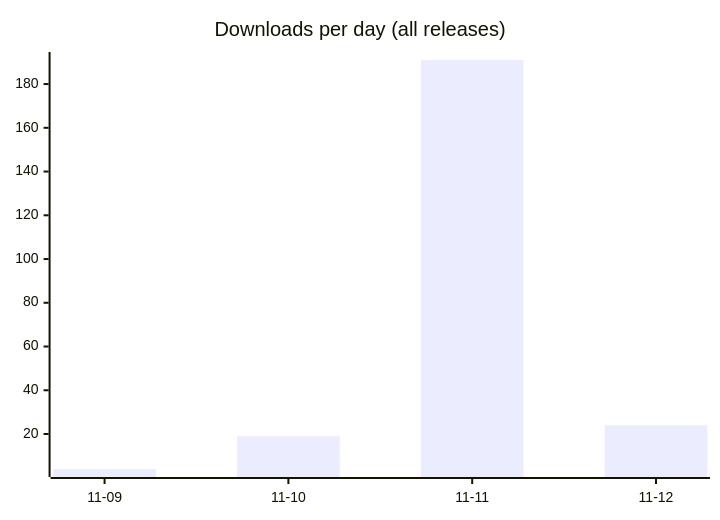
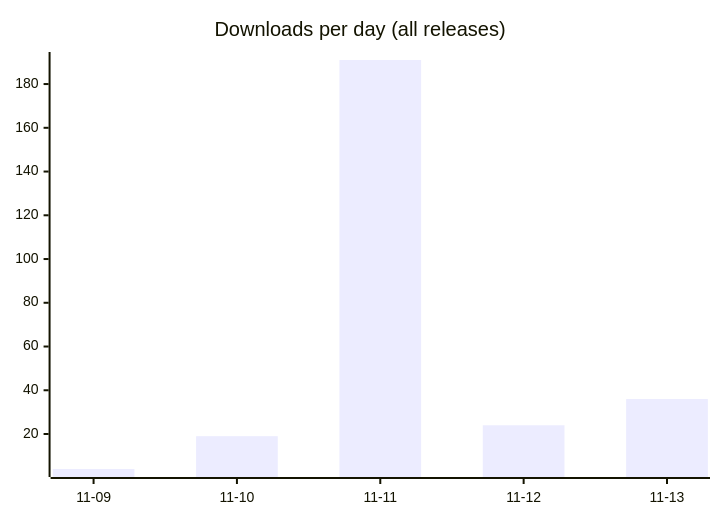
Before and after one commit to fmadore/Live-translation: the first of 2 diagrams in README.md, drawn with Mermaid. The commit also changed other lines of this file and 3 other files, not shown here.

````diff
--- a/README.md
+++ b/README.md
@@ -54,6 +54,6 @@
 ```mermaid
 xychart-beta
     title "Downloads per day (all releases)"
-    x-axis ["11-09", "11-10", "11-11", "11-12"]
-    bar [4, 19, 191, 24]
+    x-axis ["11-09", "11-10", "11-11", "11-12", "11-13"]
+    bar [4, 19, 191, 24, 36]
 ```
````
